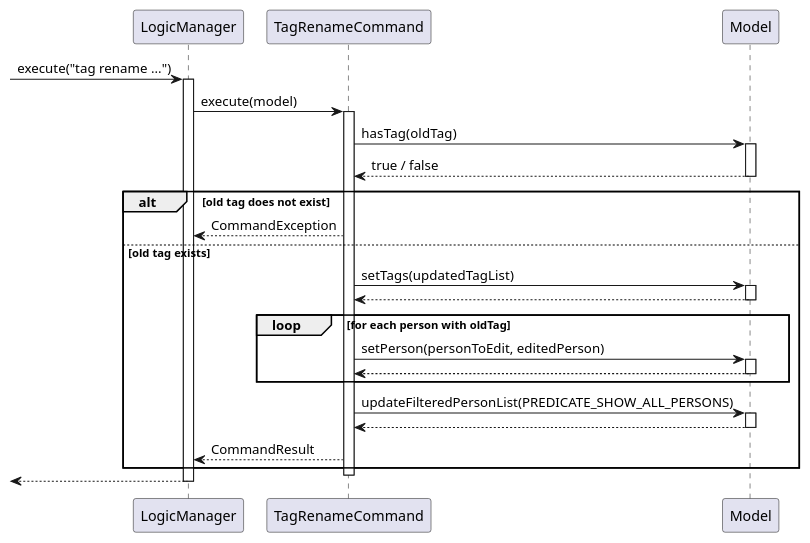
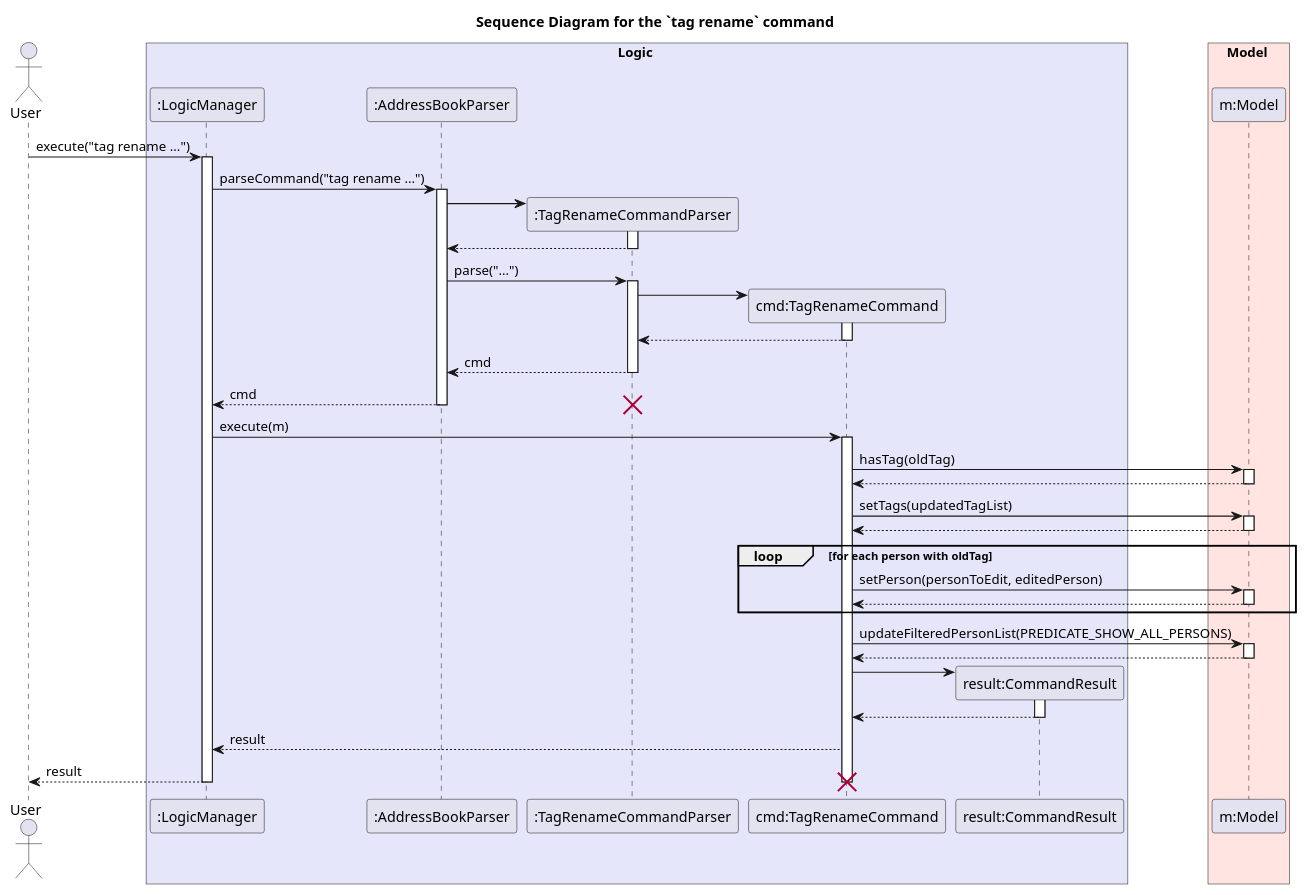
Before and after one commit to AY2526S2-CS2103-T11-1/tp: the diagram in docs/diagrams/tag/TagRenameSequenceDiagram.puml, drawn with PlantUML. The commit also changed 4 other files, not shown here.

Commit message:
Update sequence diagrams for standardizing

```diff
--- a/docs/diagrams/tag/TagRenameSequenceDiagram.puml
+++ b/docs/diagrams/tag/TagRenameSequenceDiagram.puml
@@ -1,43 +1,85 @@
 @startuml
-participant "LogicManager" as LogicManager
-participant "TagRenameCommand" as TagRenameCommand
-participant "Model" as Model
+title Sequence Diagram for the `tag rename` command
 
--> LogicManager : execute("tag rename ...")
-activate LogicManager
+actor User
 
-LogicManager -> TagRenameCommand : execute(model)
-activate TagRenameCommand
+box Logic #E6E6FA
+participant ":LogicManager" as Logic
+participant ":AddressBookParser" as ABParser
+participant ":TagRenameCommandParser" as Parser
+participant "cmd:TagRenameCommand" as Command
+participant "result:CommandResult" as Result
+end box
 
-TagRenameCommand -> Model : hasTag(oldTag)
+box Model #FFE4E1
+participant "m:Model" as Model
+end box
+
+User -> Logic : execute("tag rename ...")
+activate Logic
+
+Logic -> ABParser : parseCommand("tag rename ...")
+activate ABParser
+
+create Parser
+ABParser -> Parser
+activate Parser
+
+ABParser <-- Parser
+deactivate Parser
+
+ABParser -> Parser : parse("...")
+activate Parser
+
+create Command
+Parser -> Command
+activate Command
+
+Parser <-- Command
+deactivate Command
+
+ABParser <-- Parser : cmd
+deactivate Parser
+
+Logic <-- ABParser : cmd
+destroy Parser
+deactivate ABParser
+
+Logic -> Command : execute(m)
+activate Command
+
+Command -> Model : hasTag(oldTag)
 activate Model
-Model --> TagRenameCommand : true / false
+Model --> Command
 deactivate Model
 
-alt old tag does not exist
-    TagRenameCommand --> LogicManager : CommandException
-else old tag exists
-    TagRenameCommand -> Model : setTags(updatedTagList)
+Command -> Model : setTags(updatedTagList)
+activate Model
+Model --> Command
+deactivate Model
+
+loop for each person with oldTag
+    Command -> Model : setPerson(personToEdit, editedPerson)
     activate Model
-    Model --> TagRenameCommand
+    Model --> Command
     deactivate Model
-
-    loop for each person with oldTag
-        TagRenameCommand -> Model : setPerson(personToEdit, editedPerson)
-        activate Model
-        Model --> TagRenameCommand
-        deactivate Model
-    end
-
-    TagRenameCommand -> Model : updateFilteredPersonList(PREDICATE_SHOW_ALL_PERSONS)
-    activate Model
-    Model --> TagRenameCommand
-    deactivate Model
-
-    TagRenameCommand --> LogicManager : CommandResult
 end
 
-deactivate TagRenameCommand
-<-- LogicManager
-deactivate LogicManager
+Command -> Model : updateFilteredPersonList(PREDICATE_SHOW_ALL_PERSONS)
+activate Model
+Model --> Command
+deactivate Model
+
+create Result
+Command -> Result
+activate Result
+Result --> Command
+deactivate Result
+
+Logic <-- Command : result
+
+User <-- Logic : result
+destroy Command
+deactivate Logic
+
 @enduml
```
